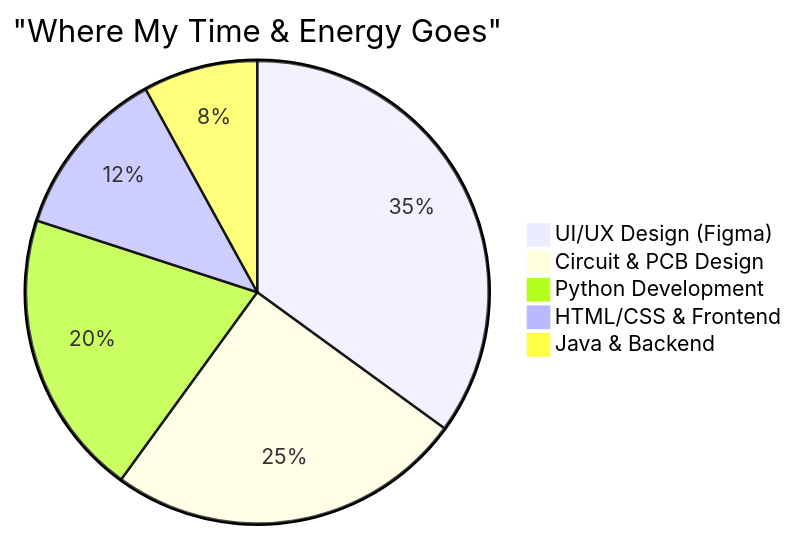
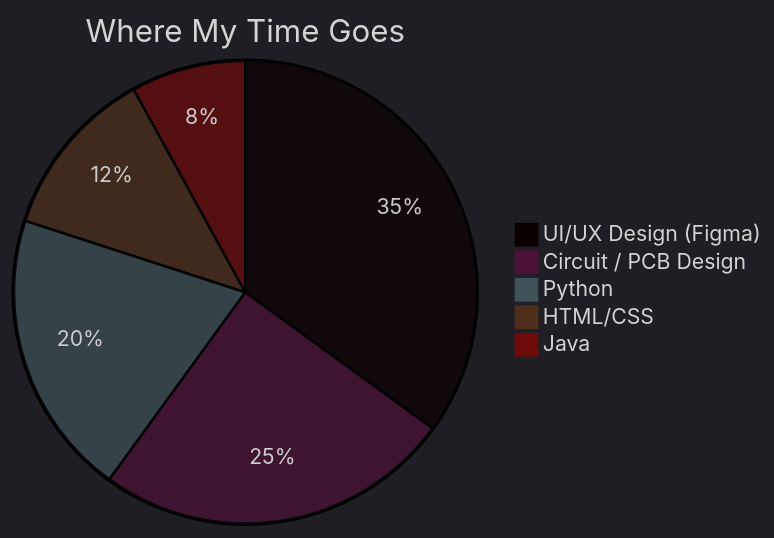
One commit to Subakeerthana-K/Subakeerthana-K changed the first of 3 diagrams in README.md. Above: the diagram before and after it, drawn with Mermaid. The commit also changed other lines of this file, not shown here.

````diff
--- a/README.md
+++ b/README.md
@@ -60,8 +31,9 @@
 ```mermaid
-pie title "Where My Time & Energy Goes"
+%%{init: {"theme": "dark", "themeVariables": {"pieOuterStrokeWidth": "2px"}}}%%
+pie title Where My Time Goes
     "UI/UX Design (Figma)" : 35
-    "Circuit & PCB Design" : 25
-    "Python Development" : 20
-    "HTML/CSS & Frontend" : 12
-    "Java & Backend" : 8
+    "Circuit / PCB Design" : 25
+    "Python" : 20
+    "HTML/CSS" : 12
+    "Java" : 8
 ```
````
